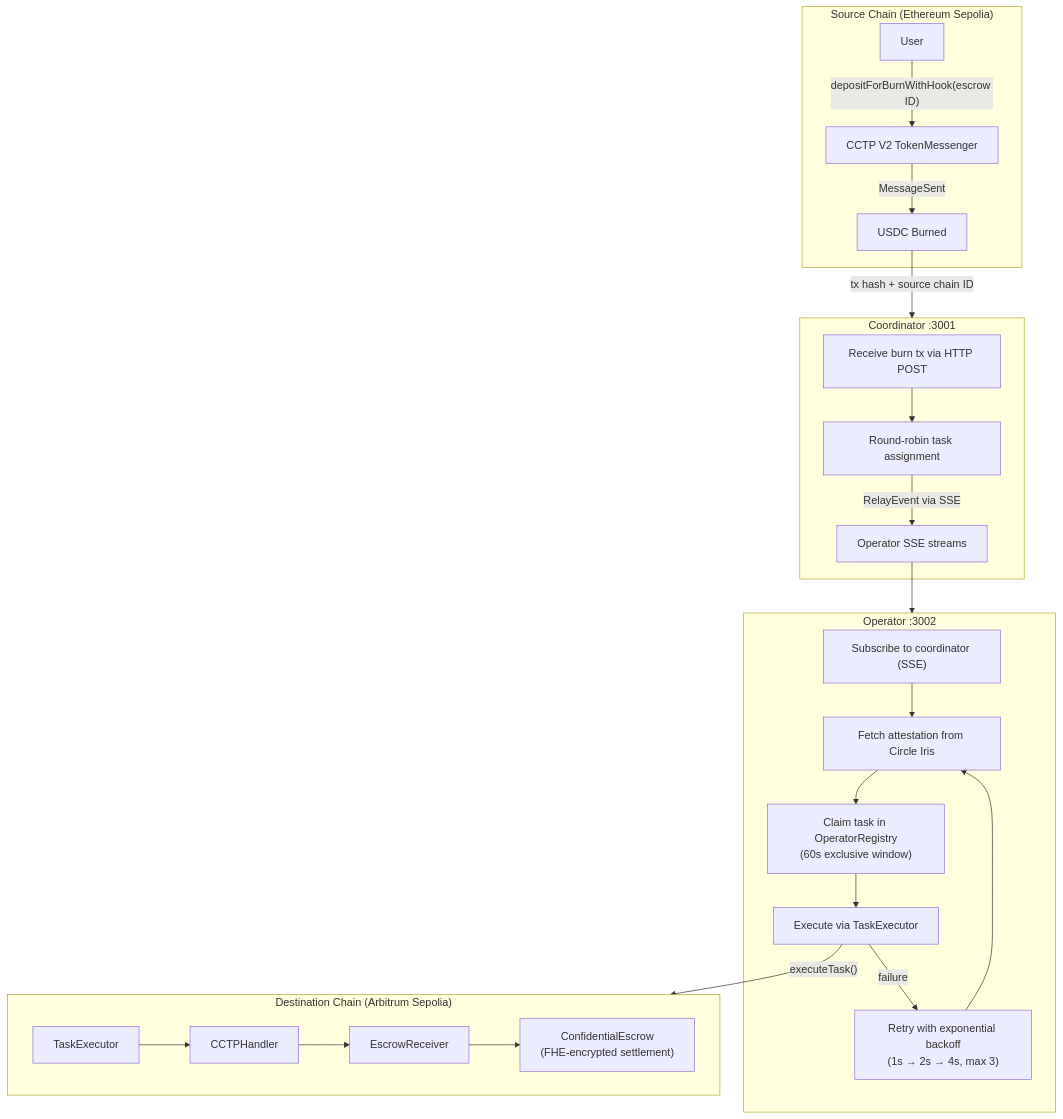
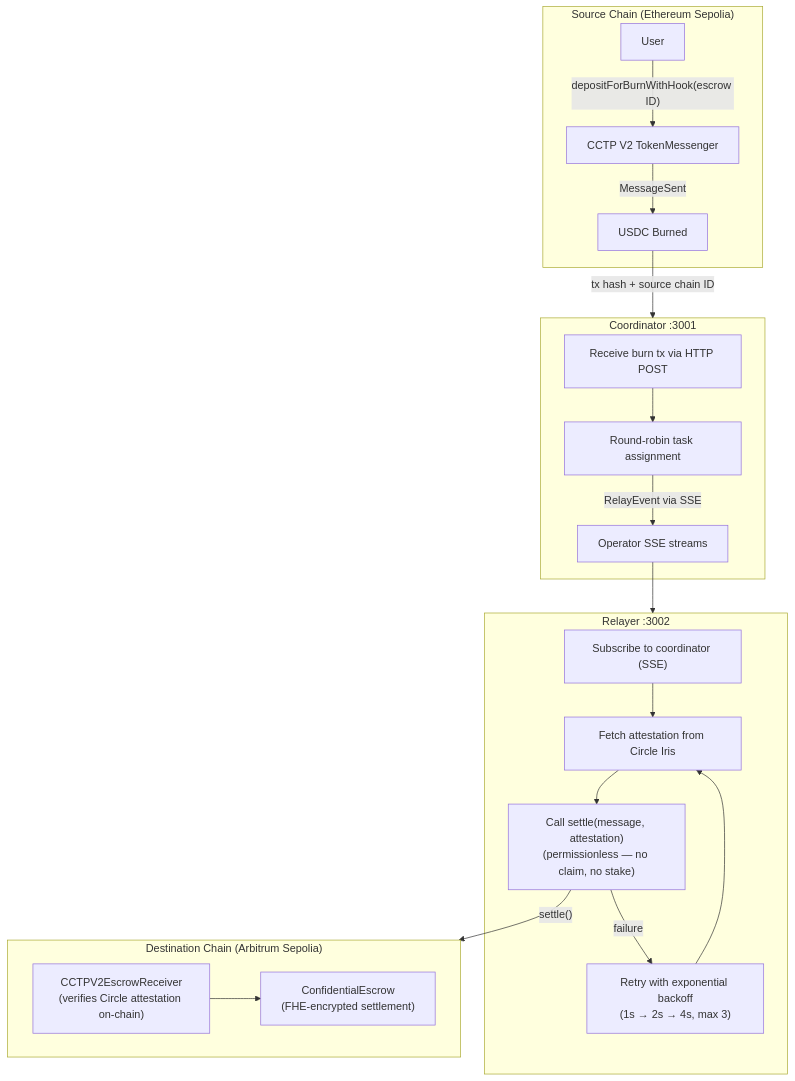
Before and after one commit to ReineiraOS/protocol: the diagram in packages/offchain/README.md, drawn with Mermaid. The commit also changed other lines of this file and 44 other files, not shown here.

First line of the commit message:
refactor(offchain): adapt clients to permissionless settle() (#11)

````diff
--- a/packages/offchain/README.md
+++ b/packages/offchain/README.md
@@ -19,34 +19,31 @@
 ```mermaid
 flowchart TD
     subgraph Source["Source Chain (Ethereum Sepolia)"]
         User["User"] -->|"depositForBurnWithHook(escrow ID)"| CCTP["CCTP V2 TokenMessenger"]
         CCTP -->|"MessageSent"| Burn["USDC Burned"]
     end
 
     Burn -->|"tx hash + source chain ID"| Coordinator
 
     subgraph Coordinator["Coordinator :3001"]
         Receive["Receive burn tx via HTTP POST"]
         Receive --> RoundRobin["Round-robin task assignment"]
         RoundRobin -->|"RelayEvent via SSE"| Stream["Operator SSE streams"]
     end
 
     Stream --> Operator
 
-    subgraph Operator["Operator :3002"]
+    subgraph Operator["Relayer :3002"]
         Subscribe["Subscribe to coordinator (SSE)"]
         Subscribe --> Attest["Fetch attestation from Circle Iris"]
-        Attest --> Claim["Claim task in OperatorRegistry\n(60s exclusive window)"]
-        Claim --> Execute["Execute via TaskExecutor"]
-        Execute -->|"failure"| Retry["Retry with exponential backoff\n(1s → 2s → 4s, max 3)"]
+        Attest --> Settle["Call settle(message, attestation)\n(permissionless — no claim, no stake)"]
+        Settle -->|"failure"| Retry["Retry with exponential backoff\n(1s → 2s → 4s, max 3)"]
         Retry --> Attest
     end
 
-    Execute -->|"executeTask()"| Dest
+    Settle -->|"settle()"| Dest
 
     subgraph Dest["Destination Chain (Arbitrum Sepolia)"]
-        TaskExec["TaskExecutor"] --> Handler["CCTPHandler"]
-        Handler --> Receiver["EscrowReceiver"]
-        Receiver --> Escrow["ConfidentialEscrow\n(FHE-encrypted settlement)"]
+        Receiver["CCTPV2EscrowReceiver\n(verifies Circle attestation on-chain)"] --> Escrow["ConfidentialEscrow\n(FHE-encrypted settlement)"]
     end
 ```
````
